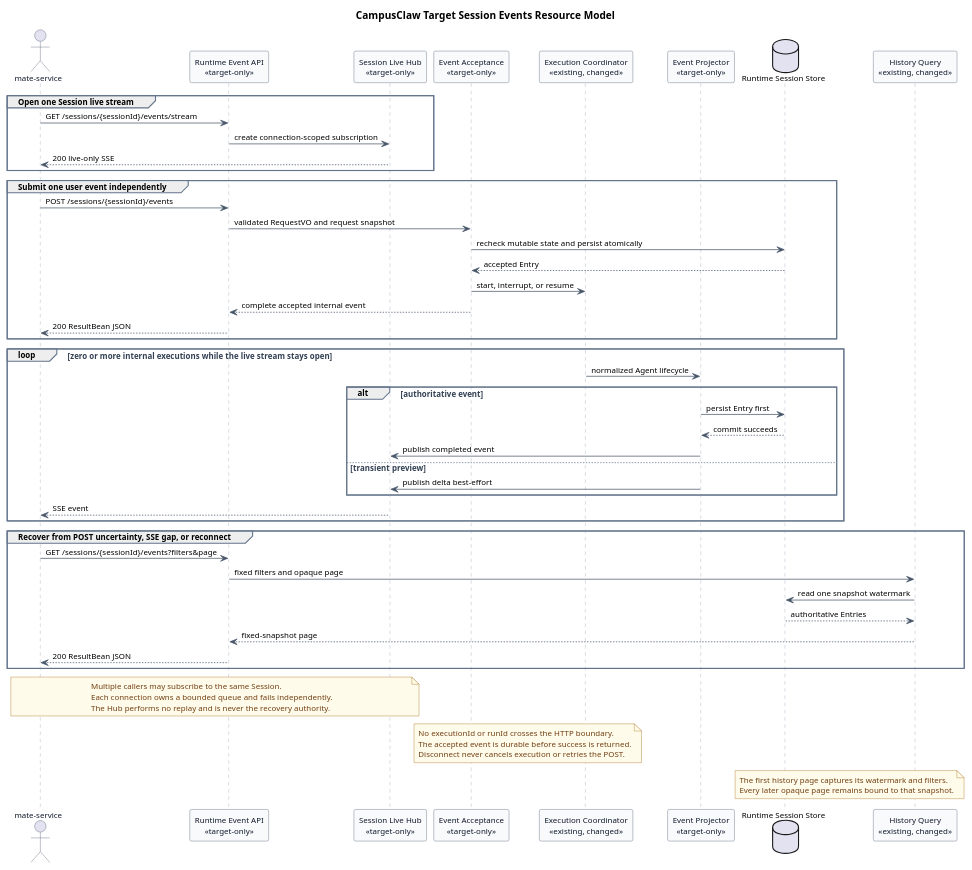
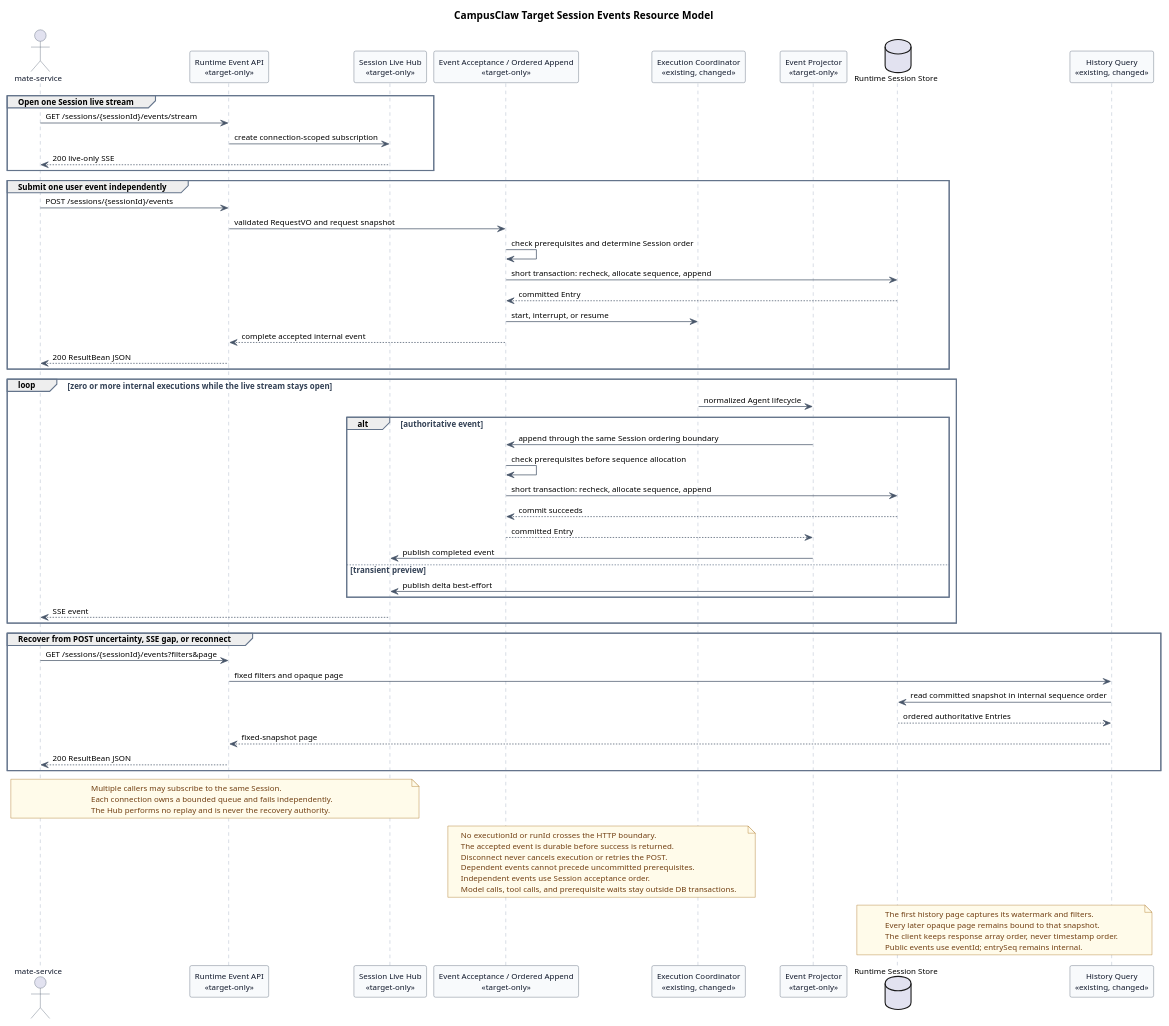
One commit to ssm0808/pi-mono-java-design changed the first of 2 diagrams in 01-总体架构/01-CampusClaw多Agent运行时/设计图/事件接口重设计/diagram.puml. Above: the diagram before and after it, drawn with PlantUML. The commit also changed other lines of this file and 8 other files, not shown here.

```diff
--- a/01-总体架构/01-CampusClaw多Agent运行时/设计图/事件接口重设计/diagram.puml
+++ b/01-总体架构/01-CampusClaw多Agent运行时/设计图/事件接口重设计/diagram.puml
@@ -1,108 +1,126 @@
 @startuml target_session_events_resource_model
 title CampusClaw Target Session Events Resource Model
 
 ' Source evidence (pi-mono-java c9d858bc8261bf07f5585f545b53495bf2226a56):
 ' modules/coding-agent-cli/src/main/java/com/campusclaw/codingagent/runtimeapi/web/RuntimeEventController.java,
 ' RuntimeEventController.submit and RuntimeEventController.list, lines 39-91.
 ' modules/coding-agent-cli/src/main/java/com/campusclaw/codingagent/runtimeapi/event/RuntimeEventStream.java,
 ' RuntimeEventStream.attach and RuntimeEventStream.detachInternal, lines 89-159.
 ' modules/coding-agent-cli/src/main/java/com/campusclaw/codingagent/runtimeapi/event/RuntimeEventQueryService.java,
 ' RuntimeEventQueryService.list and RuntimeEventQueryService.pageOf, lines 53-99.
 ' Source evidence (pi-mono 5cd93f688aaab89dbb6dfa4aca535f21796ae185):
 ' packages/agent/src/agent-loop.ts, streamAssistantResponse.
 ' packages/coding-agent/src/core/agent-session.ts, _handleAgentEvent.
 ' Observed behavior: the current Java POST owns one execution-scoped SSE stream,
 ' one RuntimeEventStream permits only one attached subscriber, and GET pagination
 ' does not bind later pages to a fixed snapshot watermark.
 ' Target-only design: POST acceptance, live observation, and durable history are
 ' three separate Session-scoped operations. Execution remains an internal concept.
 ' Architecture change: a long-lived Session stream can observe multiple executions
 ' and multiple subscribers; disconnect never cancels or retries a write.
 ' Design reason: keep write acceptance, best-effort preview, and recovery authority
 ' separate while preserving pi Agent and Tool lifecycle semantics inside Runtime.
+' Supplemental evidence (pi-mono-java a8192e047f4061bd385297d3dc6c4358362d0d49):
+' campusclaw/src/main/java/com/huawei/hicampus/claw/codingagent/runtimeapi/persistence/MyBatisRuntimeSessionRepository.java,
+' acceptUserEvent, appendEntry, and appendLocked, lines 55-87 and 208-218.
+' campusclaw/src/main/resources/mapper/session/RuntimeSessionMapper.xml,
+' lockSessionForUpdate and listCurrentBranch, lines 47-54 and 132-164.
+' Observed behavior: transactional sequence allocation and sequence-ordered reads;
+' these files are unchanged from c9d858bc8261bf07f5585f545b53495bf2226a56.
+' Target-only architecture change: check causal prerequisites at a shared Session
+' acceptance boundary before assigning sequence; a DB lock alone cannot infer them.
 
 skinparam backgroundColor #FFFFFF
 skinparam shadowing false
 skinparam defaultFontName Arial
 skinparam defaultFontSize 11
 skinparam sequence {
   ArrowColor #475569
   ActorBorderColor #475569
   ActorFontColor #0F172A
   LifeLineBorderColor #94A3B8
   LifeLineBackgroundColor #F8FAFC
   ParticipantBorderColor #475569
   ParticipantBackgroundColor #F8FAFC
   ParticipantFontColor #0F172A
   GroupBorderColor #64748B
   GroupFontColor #334155
 }
 skinparam note {
   BackgroundColor #FFFBEA
   BorderColor #A16207
   FontColor #713F12
 }
 
 actor "mate-service" as Mate
 participant "Runtime Event API\n<<target-only>>" as API
 participant "Session Live Hub\n<<target-only>>" as Hub
-participant "Event Acceptance\n<<target-only>>" as Accept
+participant "Event Acceptance / Ordered Append\n<<target-only>>" as Accept
 participant "Execution Coordinator\n<<existing, changed>>" as Execution
 participant "Event Projector\n<<target-only>>" as Projector
 database "Runtime Session Store" as Store
 participant "History Query\n<<existing, changed>>" as Query
 
 group Open one Session live stream
   Mate -> API : GET /sessions/{sessionId}/events/stream
   API -> Hub : create connection-scoped subscription
   Hub --> Mate : 200 live-only SSE
 end
 
 group Submit one user event independently
   Mate -> API : POST /sessions/{sessionId}/events
   API -> Accept : validated RequestVO and request snapshot
-  Accept -> Store : recheck mutable state and persist atomically
-  Store --> Accept : accepted Entry
+  Accept -> Accept : check prerequisites and determine Session order
+  Accept -> Store : short transaction: recheck, allocate sequence, append
+  Store --> Accept : committed Entry
   Accept -> Execution : start, interrupt, or resume
   Accept --> API : complete accepted internal event
   API --> Mate : 200 ResultBean JSON
 end
 
 loop zero or more internal executions while the live stream stays open
   Execution -> Projector : normalized Agent lifecycle
   alt authoritative event
-    Projector -> Store : persist Entry first
-    Store --> Projector : commit succeeds
+    Projector -> Accept : append through the same Session ordering boundary
+    Accept -> Accept : check prerequisites before sequence allocation
+    Accept -> Store : short transaction: recheck, allocate sequence, append
+    Store --> Accept : commit succeeds
+    Accept --> Projector : committed Entry
     Projector -> Hub : publish completed event
   else transient preview
     Projector -> Hub : publish delta best-effort
   end
   Hub --> Mate : SSE event
 end
 
 group Recover from POST uncertainty, SSE gap, or reconnect
   Mate -> API : GET /sessions/{sessionId}/events?filters&page
   API -> Query : fixed filters and opaque page
-  Query -> Store : read one snapshot watermark
-  Store --> Query : authoritative Entries
+  Query -> Store : read committed snapshot in internal sequence order
+  Store --> Query : ordered authoritative Entries
   Query --> API : fixed-snapshot page
   API --> Mate : 200 ResultBean JSON
 end
 
 note over Mate,Hub
 Multiple callers may subscribe to the same Session.
 Each connection owns a bounded queue and fails independently.
 The Hub performs no replay and is never the recovery authority.
 end note
 
 note over Accept,Execution
 No executionId or runId crosses the HTTP boundary.
 The accepted event is durable before success is returned.
 Disconnect never cancels execution or retries the POST.
+Dependent events cannot precede uncommitted prerequisites.
+Independent events use Session acceptance order.
+Model calls, tool calls, and prerequisite waits stay outside DB transactions.
 end note
 
 note over Store,Query
 The first history page captures its watermark and filters.
 Every later opaque page remains bound to that snapshot.
+The client keeps response array order, never timestamp order.
+Public events use eventId; entrySeq remains internal.
 end note
 @enduml
```
